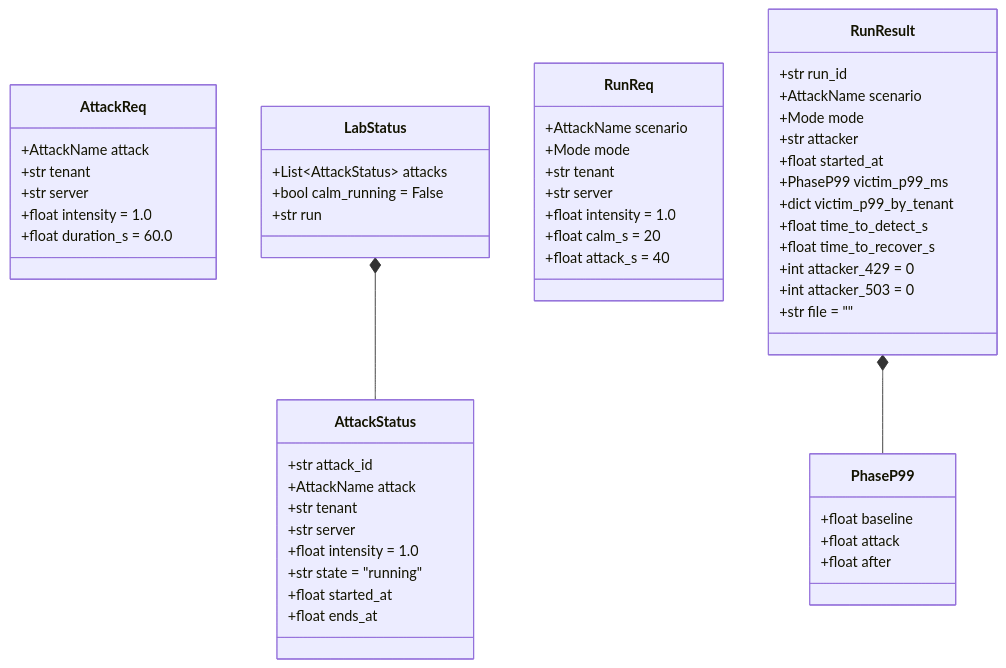
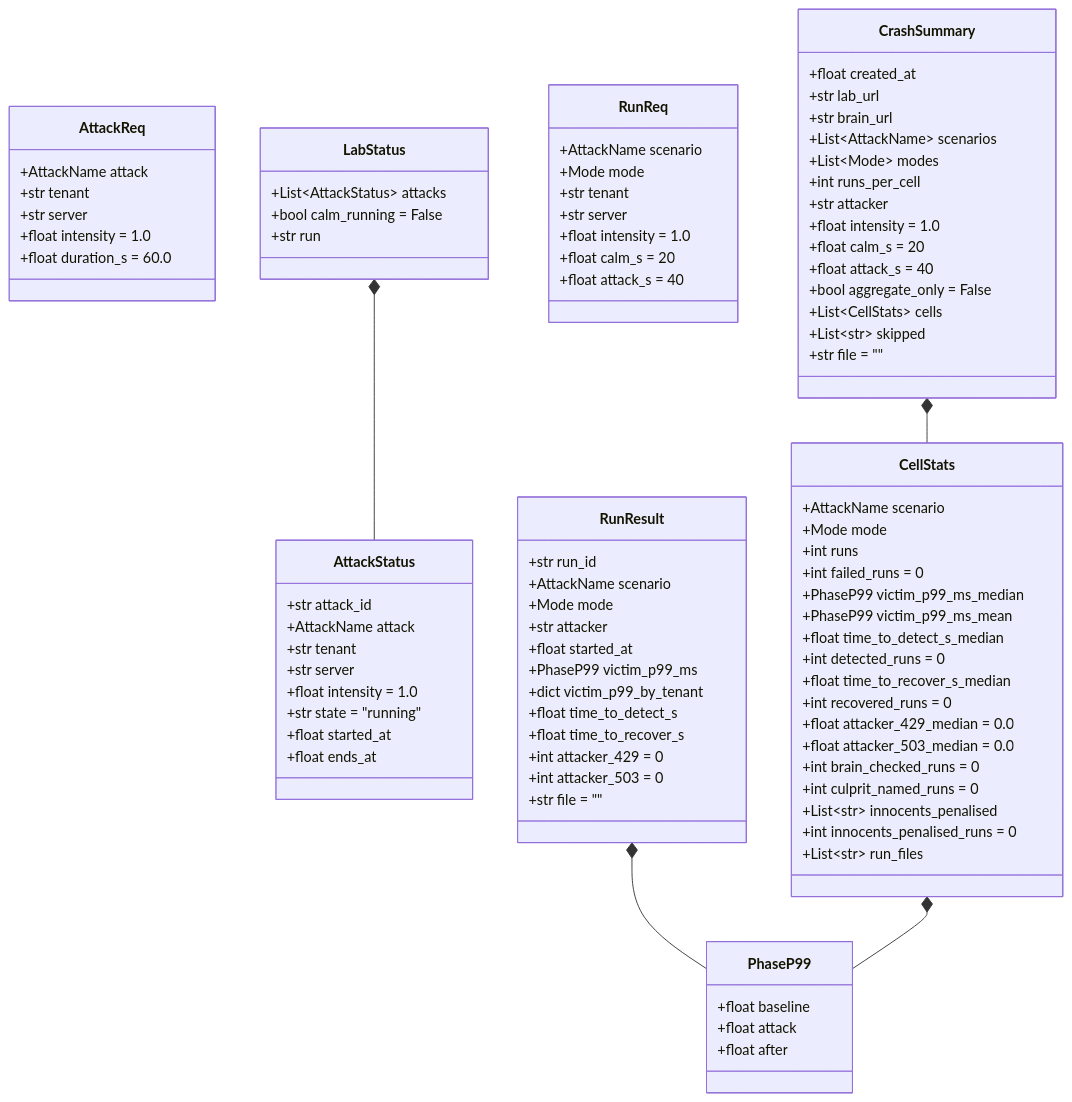
One commit to yashodeepchaudhari/tenantguard changed the seventh of 12 diagrams in prototype-docs/04_DATA_MODELS.md. Above: the diagram before and after it, drawn with Mermaid. The commit also changed other lines of this file and 23 other files, not shown here.

Commit message:
Prototype docs: catalogs, sequences, config, risks and testing describe the final master; new billing catalog

````diff
--- a/prototype-docs/04_DATA_MODELS.md
+++ b/prototype-docs/04_DATA_MODELS.md
@@ -688,6 +693,43 @@
         +int attacker_503 = 0
         +str file = ""
     }
+    class CellStats {
+        +AttackName scenario
+        +Mode mode
+        +int runs
+        +int failed_runs = 0
+        +PhaseP99 victim_p99_ms_median
+        +PhaseP99 victim_p99_ms_mean
+        +float time_to_detect_s_median
+        +int detected_runs = 0
+        +float time_to_recover_s_median
+        +int recovered_runs = 0
+        +float attacker_429_median = 0.0
+        +float attacker_503_median = 0.0
+        +int brain_checked_runs = 0
+        +int culprit_named_runs = 0
+        +List~str~ innocents_penalised
+        +int innocents_penalised_runs = 0
+        +List~str~ run_files
+    }
+    class CrashSummary {
+        +float created_at
+        +str lab_url
+        +str brain_url
+        +List~AttackName~ scenarios
+        +List~Mode~ modes
+        +int runs_per_cell
+        +str attacker
+        +float intensity = 1.0
+        +float calm_s = 20
+        +float attack_s = 40
+        +bool aggregate_only = False
+        +List~CellStats~ cells
+        +List~str~ skipped
+        +str file = ""
+    }
     LabStatus *-- AttackStatus
     RunResult *-- PhaseP99
+    CrashSummary *-- CellStats
+    CellStats *-- PhaseP99
 ```
````
